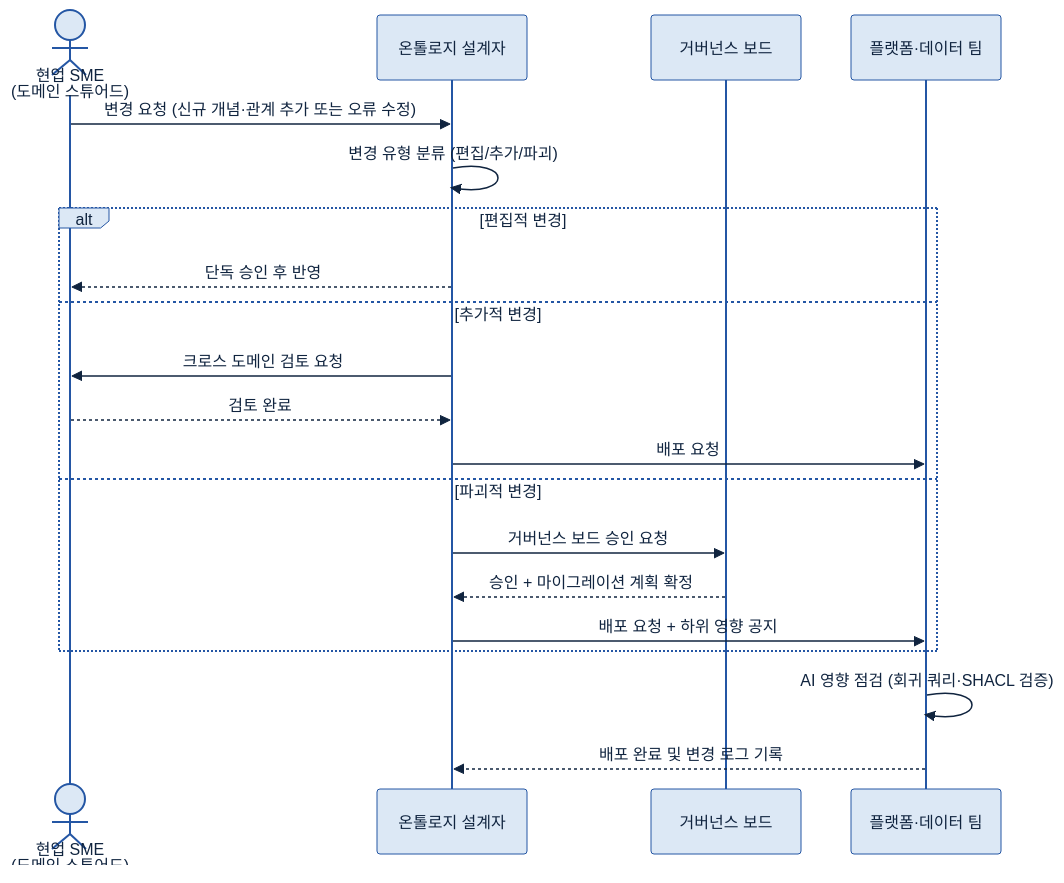
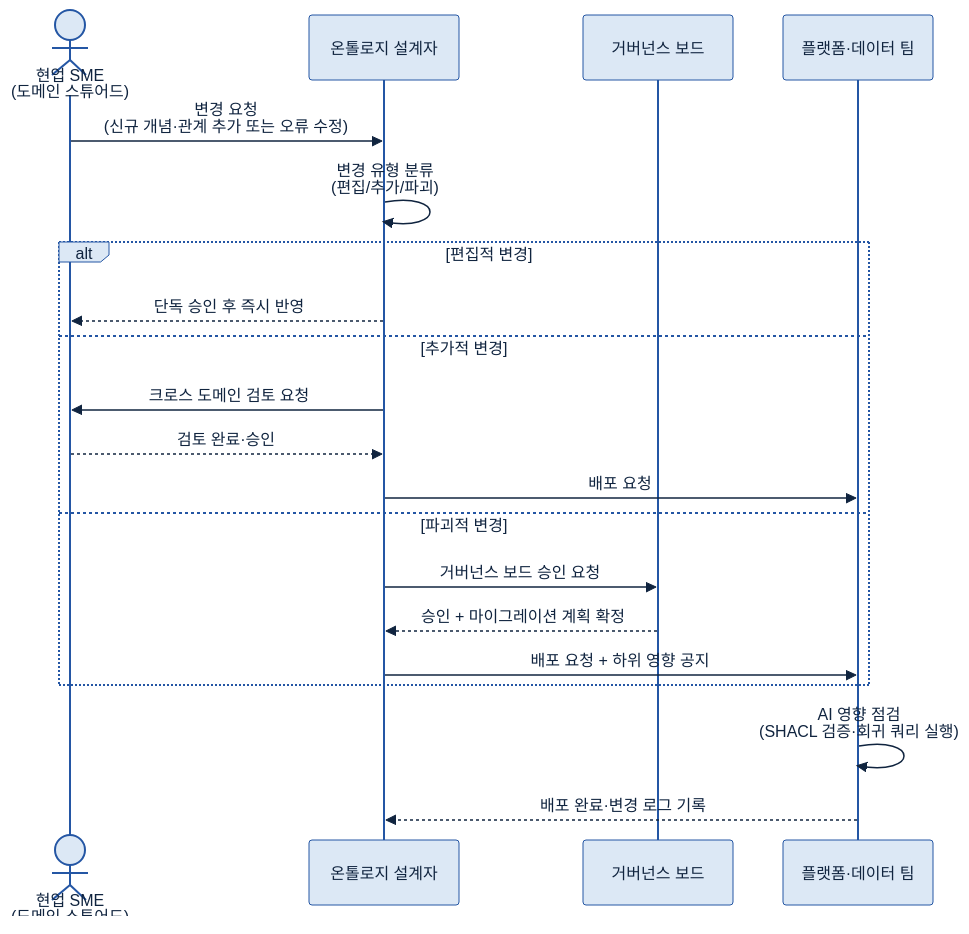
One commit to jin-kearney/ai-ready-data-manual changed diagram 13 of 14 in 가이드 작성/B-3 온톨로지/B-3 온톨로지.md. Above: the diagram before and after it, drawn with Mermaid. The commit also changed other lines of this file, not shown here.

````diff
--- a/가이드 작성/B-3 온톨로지/B-3 온톨로지.md
+++ b/가이드 작성/B-3 온톨로지/B-3 온톨로지.md
@@ -1188,24 +1234,24 @@
 ```mermaid
 %%{init: {'theme':'base','themeVariables':{'primaryColor':'#DCE8F5','primaryBorderColor':'#2456A4','primaryTextColor':'#10243f','lineColor':'#2456A4','fontSize':'13px'}}}%%
 sequenceDiagram
     actor SME as 현업 SME<br/>(도메인 스튜어드)
     participant ONT as 온톨로지 설계자
     participant GOV as 거버넌스 보드
     participant SYS as 플랫폼·데이터 팀
 
-    SME->>ONT: 변경 요청 (신규 개념·관계 추가 또는 오류 수정)
-    ONT->>ONT: 변경 유형 분류 (편집/추가/파괴)
+    SME->>ONT: 변경 요청<br/>(신규 개념·관계 추가 또는 오류 수정)
+    ONT->>ONT: 변경 유형 분류<br/>(편집/추가/파괴)
     alt 편집적 변경
-        ONT-->>SME: 단독 승인 후 반영
+        ONT-->>SME: 단독 승인 후 즉시 반영
     else 추가적 변경
         ONT->>SME: 크로스 도메인 검토 요청
-        SME-->>ONT: 검토 완료
+        SME-->>ONT: 검토 완료·승인
         ONT->>SYS: 배포 요청
     else 파괴적 변경
         ONT->>GOV: 거버넌스 보드 승인 요청
         GOV-->>ONT: 승인 + 마이그레이션 계획 확정
         ONT->>SYS: 배포 요청 + 하위 영향 공지
     end
-    SYS->>SYS: AI 영향 점검 (회귀 쿼리·SHACL 검증)
-    SYS-->>ONT: 배포 완료 및 변경 로그 기록
+    SYS->>SYS: AI 영향 점검<br/>(SHACL 검증·회귀 쿼리 실행)
+    SYS-->>ONT: 배포 완료·변경 로그 기록
 ```
````
